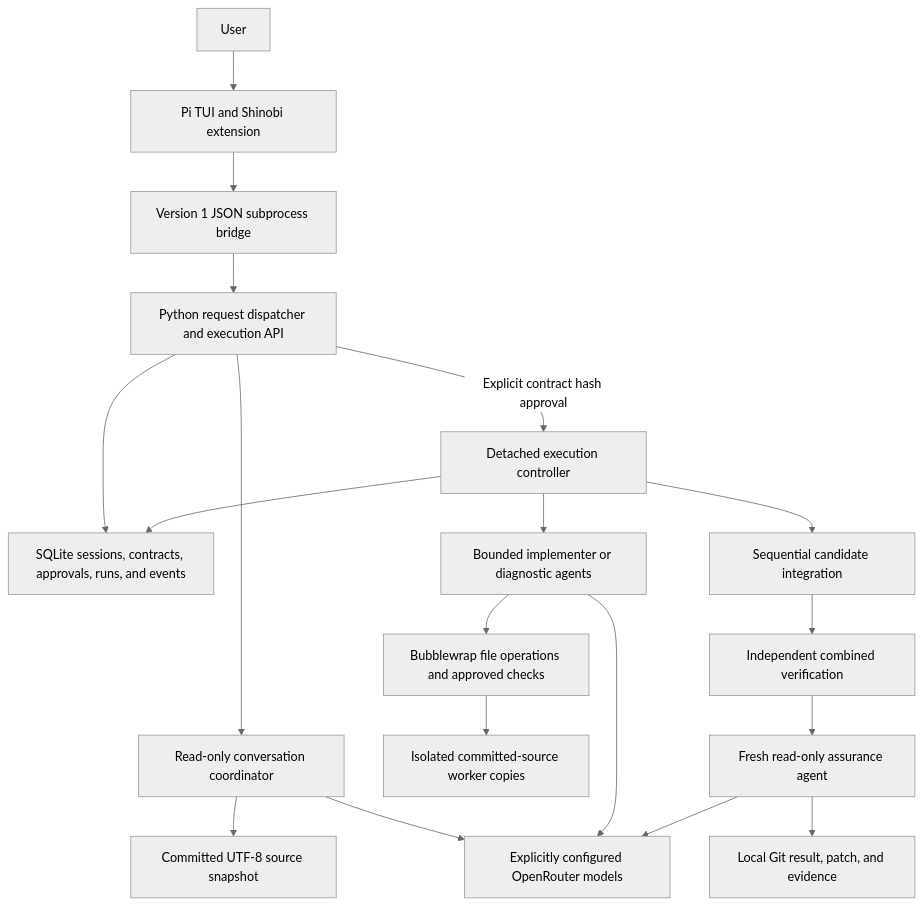
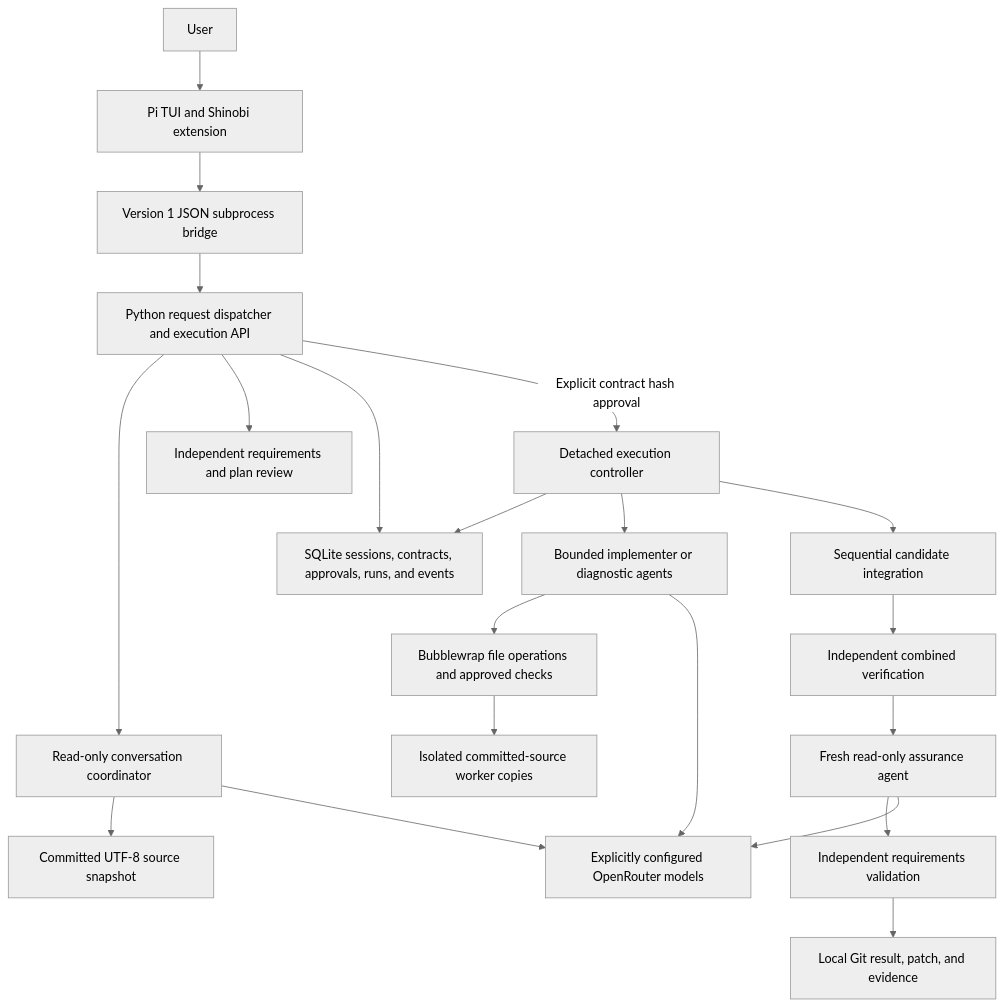
The diagram in tools/shinobi-agent/IMPLEMENTATION.md (bloodred17/shinobi-showdown), drawn with Mermaid (neutral theme) before and after one commit. The commit also changed other lines of this file and 169 other files, not shown here.

````diff
--- a/tools/shinobi-agent/IMPLEMENTATION.md
+++ b/tools/shinobi-agent/IMPLEMENTATION.md
@@ -51,21 +79,23 @@
 ```mermaid
 flowchart TD
     User[User] --> Pi[Pi TUI and Shinobi extension]
     Pi --> Bridge[Version 1 JSON subprocess bridge]
     Bridge --> API[Python request dispatcher and execution API]
     API --> Coordinator[Read-only conversation coordinator]
+    API --> PlanningReview[Independent requirements and plan review]
     Coordinator --> Snapshot[Committed UTF-8 source snapshot]
     API --> State[SQLite sessions, contracts, approvals, runs, and events]
     API -->|Explicit contract hash approval| Controller[Detached execution controller]
     Controller --> State
     Controller --> Workers[Bounded implementer or diagnostic agents]
     Workers --> Sandbox[Bubblewrap file operations and approved checks]
     Sandbox --> Copies[Isolated committed-source worker copies]
     Controller --> Integration[Sequential candidate integration]
     Integration --> Checks[Independent combined verification]
     Checks --> Reviewer[Fresh read-only assurance agent]
-    Reviewer --> Delivery[Local Git result, patch, and evidence]
+    Reviewer --> Validation[Independent requirements validation]
+    Validation --> Delivery[Local Git result, patch, and evidence]
     Coordinator --> Provider[Explicitly configured OpenRouter models]
     Workers --> Provider
     Reviewer --> Provider
 ```
````
